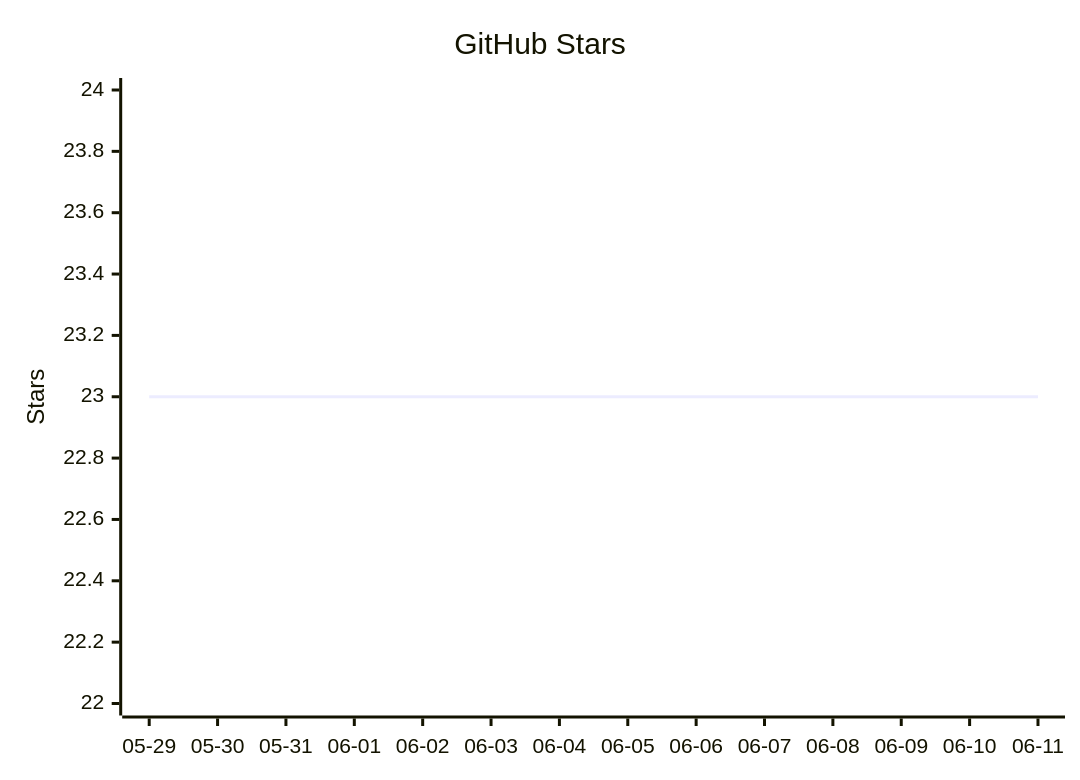
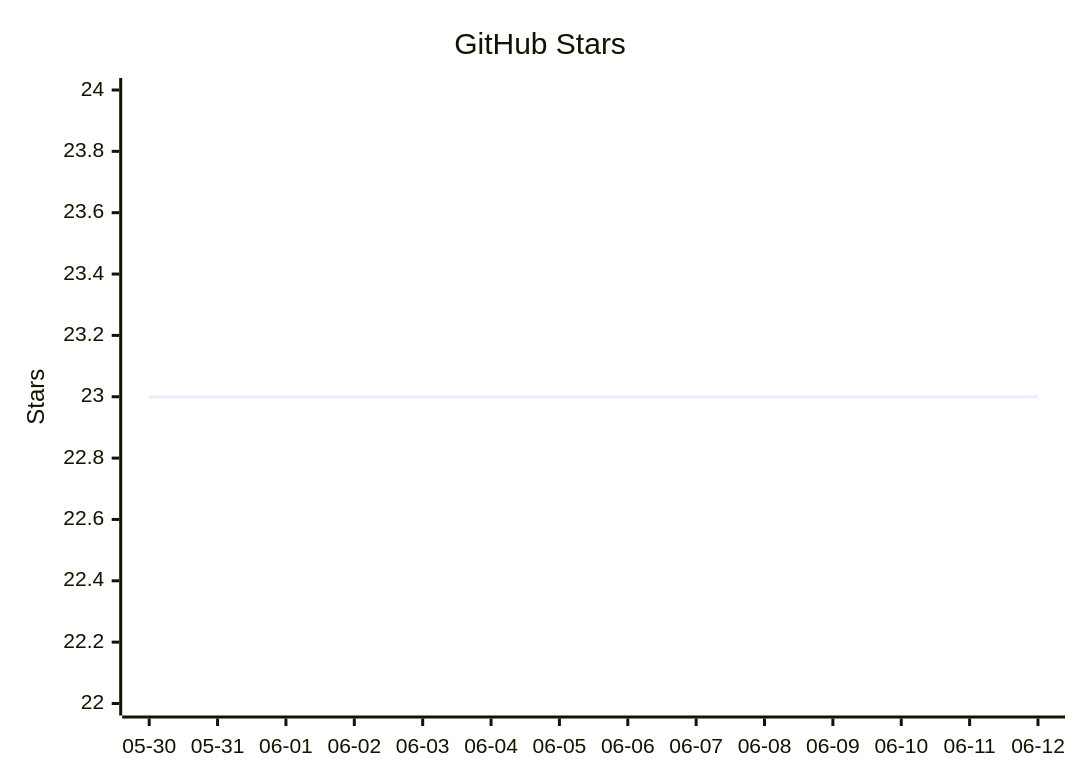
The diagram in README.mbt.md (vectie/moonclaw), drawn with Mermaid before and after one commit. The commit also changed other lines of this file and 1 other file, not shown here.

Commit message:
Update README star growth

````diff
--- a/README.mbt.md
+++ b/README.mbt.md
@@ -490,7 +490,7 @@
 ```mermaid
 xychart-beta
     title "GitHub Stars"
-    x-axis ["05-29","05-30","05-31","06-01","06-02","06-03","06-04","06-05","06-06","06-07","06-08","06-09","06-10","06-11"]
+    x-axis ["05-30","05-31","06-01","06-02","06-03","06-04","06-05","06-06","06-07","06-08","06-09","06-10","06-11","06-12"]
     y-axis "Stars" 22 --> 24
     line [23,23,23,23,23,23,23,23,23,23,23,23,23,23]
 ```
````
